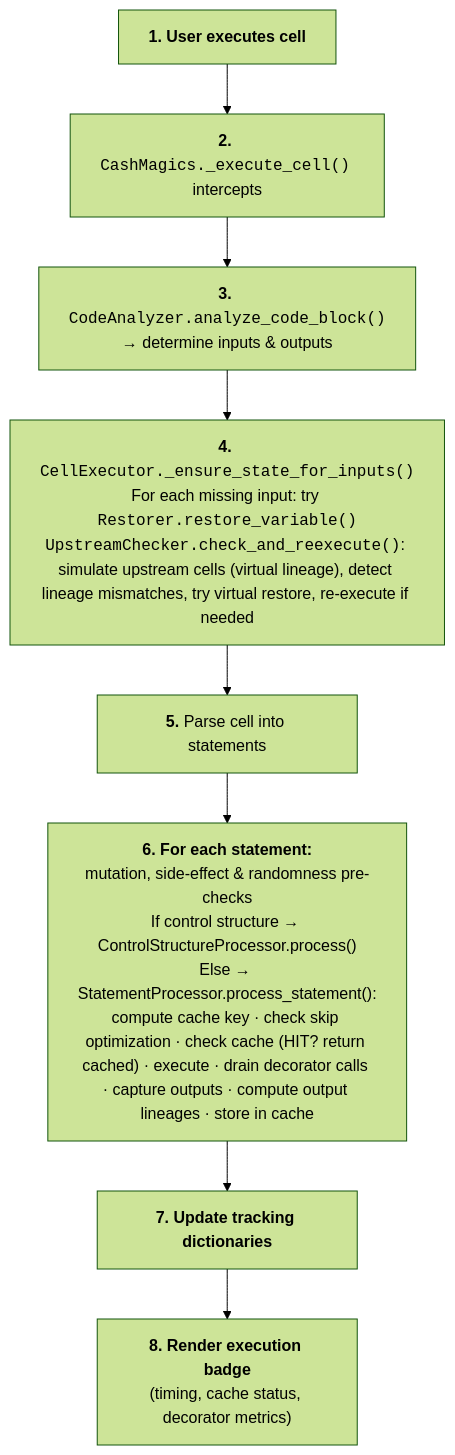
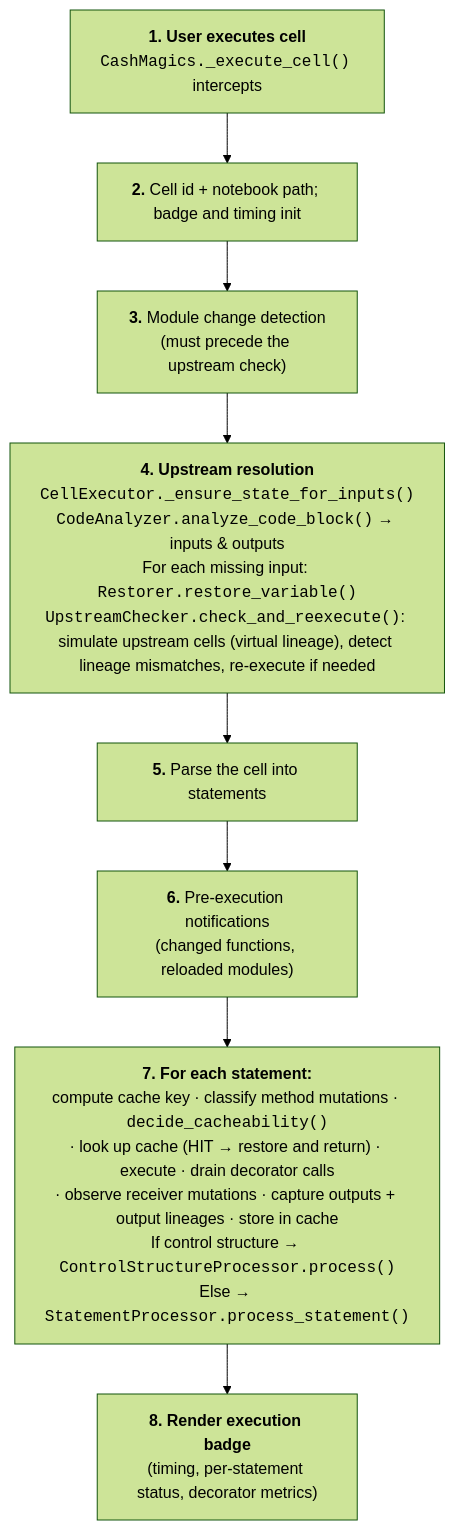
Before and after one commit to galgtonold/cash: the first of 3 diagrams in docs/how-it-works/notebook-path.md, drawn with Mermaid (forest theme). The commit also changed other lines of this file and 9 other files, not shown here.

````diff
--- a/docs/how-it-works/notebook-path.md
+++ b/docs/how-it-works/notebook-path.md
@@ -24,12 +27,12 @@
 ```mermaid
 flowchart TD
-    S1["<b>1. User executes cell</b>"]
-    S2["<b>2.</b> <code>CashMagics._execute_cell()</code> intercepts"]
-    S3["<b>3.</b> <code>CodeAnalyzer.analyze_code_block()</code><br/>→ determine inputs & outputs"]
-    S4["<b>4.</b> <code>CellExecutor._ensure_state_for_inputs()</code><br/>For each missing input: try <code>Restorer.restore_variable()</code><br/><code>UpstreamChecker.check_and_reexecute()</code>: simulate upstream cells (virtual lineage), detect lineage mismatches, try virtual restore, re-execute if needed"]
-    S5["<b>5.</b> Parse cell into statements"]
-    S6["<b>6. For each statement:</b><br/>mutation, side-effect &amp; randomness pre-checks<br/>If control structure → ControlStructureProcessor.process()<br/>Else → StatementProcessor.process_statement():<br/>compute cache key · check skip optimization · check cache (HIT? return cached) · execute · drain decorator calls · capture outputs · compute output lineages · store in cache"]
-    S7["<b>7. Update tracking dictionaries</b>"]
-    S8["<b>8. Render execution badge</b><br/>(timing, cache status, decorator metrics)"]
+    S1["<b>1. User executes cell</b><br/><code>CashMagics._execute_cell()</code> intercepts"]
+    S2["<b>2.</b> Cell id + notebook path; badge and timing init"]
+    S3["<b>3.</b> Module change detection<br/>(must precede the upstream check)"]
+    S4["<b>4. Upstream resolution</b><br/><code>CellExecutor._ensure_state_for_inputs()</code><br/><code>CodeAnalyzer.analyze_code_block()</code> → inputs &amp; outputs<br/>For each missing input: <code>Restorer.restore_variable()</code><br/><code>UpstreamChecker.check_and_reexecute()</code>: simulate upstream cells (virtual lineage), detect lineage mismatches, re-execute if needed"]
+    S5["<b>5.</b> Parse the cell into statements"]
+    S6["<b>6.</b> Pre-execution notifications<br/>(changed functions, reloaded modules)"]
+    S7["<b>7. For each statement:</b><br/>compute cache key · classify method mutations · <code>decide_cacheability()</code><br/>· look up cache (HIT → restore and return) · execute · drain decorator calls<br/>· observe receiver mutations · capture outputs + output lineages · store in cache<br/>If control structure → <code>ControlStructureProcessor.process()</code><br/>Else → <code>StatementProcessor.process_statement()</code>"]
+    S8["<b>8. Render execution badge</b><br/>(timing, per-statement status, decorator metrics)"]
     S1 --> S2 --> S3 --> S4 --> S5 --> S6 --> S7 --> S8
 ```
````
